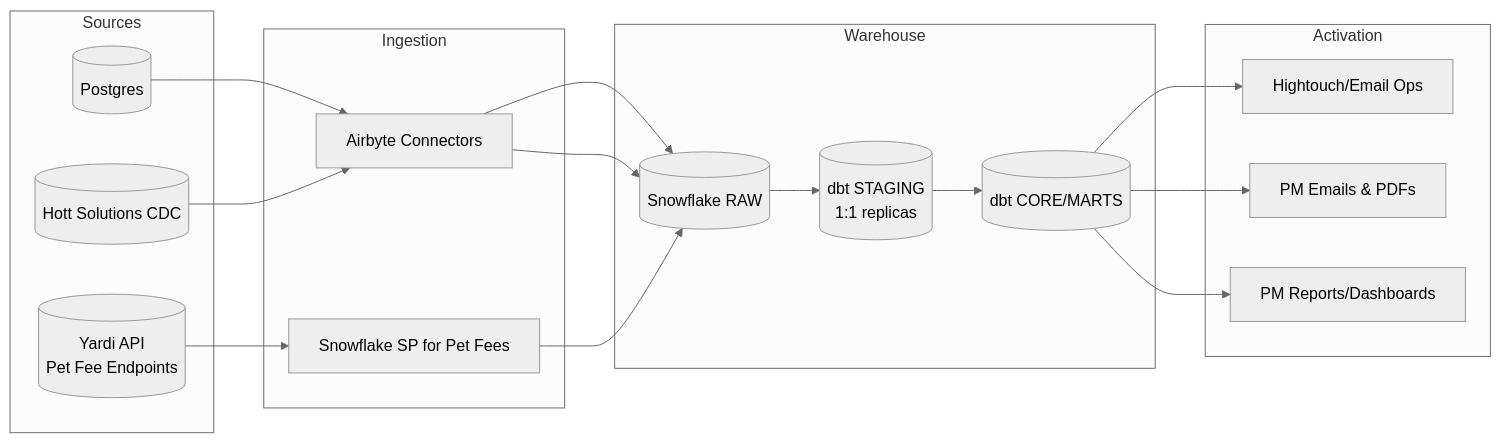
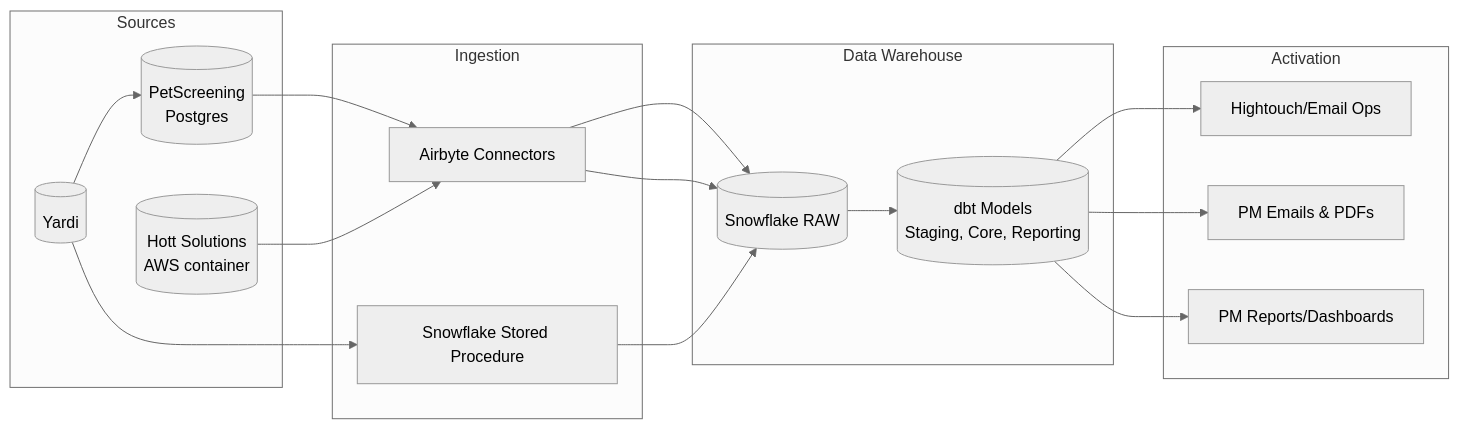
One commit to eduardosps/yardi_summary changed the first of 5 diagrams in Yardi_Integration_Overview.md. Above: the diagram before and after it, drawn with Mermaid (neutral theme). The commit also changed other lines of this file, not shown here.

````diff
--- a/Yardi_Integration_Overview.md
+++ b/Yardi_Integration_Overview.md
@@ -32,35 +32,37 @@
 ```mermaid
 flowchart LR
   subgraph Sources
-    PG[(Postgres)]
-    HOT[(Hott Solutions CDC)]
-    YAPI[(Yardi API
-Pet Fee Endpoints)]
+    PG[(PetScreening
+Postgres)]
+    HOT[(Hott Solutions
+AWS container)]
+    YAPI[(Yardi)]
   end
 
   subgraph Ingestion
     AB[Airbyte Connectors]
-    SP[Snowflake SP for Pet Fees]
+    SP[Snowflake Stored Procedure]
   end
 
-  subgraph Warehouse
+  subgraph Data Warehouse
     RAW[(Snowflake RAW)]
-    STG[(dbt STAGING
-1:1 replicas)]
-    CORE[(dbt CORE/MARTS)]
+    STG[(dbt Models
+Staging, Core, Reporting)]
   end
 
   subgraph Activation
     HT[Hightouch/Email Ops]
     PMEM[PM Emails & PDFs]
     RPT[PM Reports/Dashboards]
   end
 
+  YAPI --> PG
+  
   PG --> AB --> RAW
   HOT --> AB --> RAW
   YAPI --> SP --> RAW
 
-  RAW --> STG --> CORE --> HT
-  CORE --> PMEM
-  CORE --> RPT
+  RAW --> STG --> HT
+  STG --> PMEM
+  STG --> RPT
 ```
````
